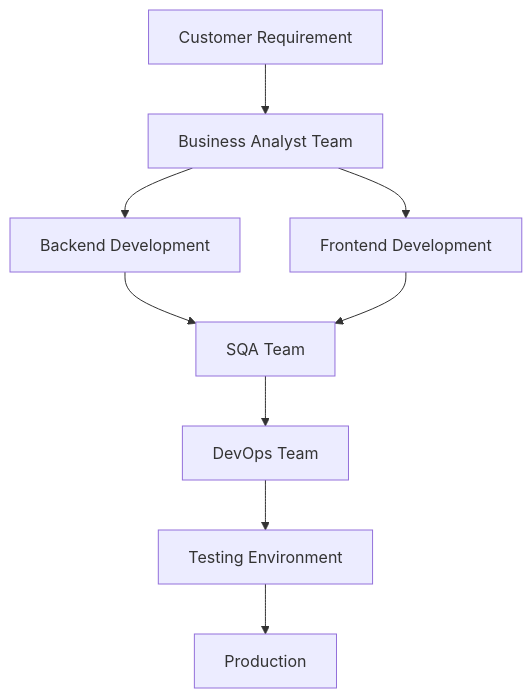
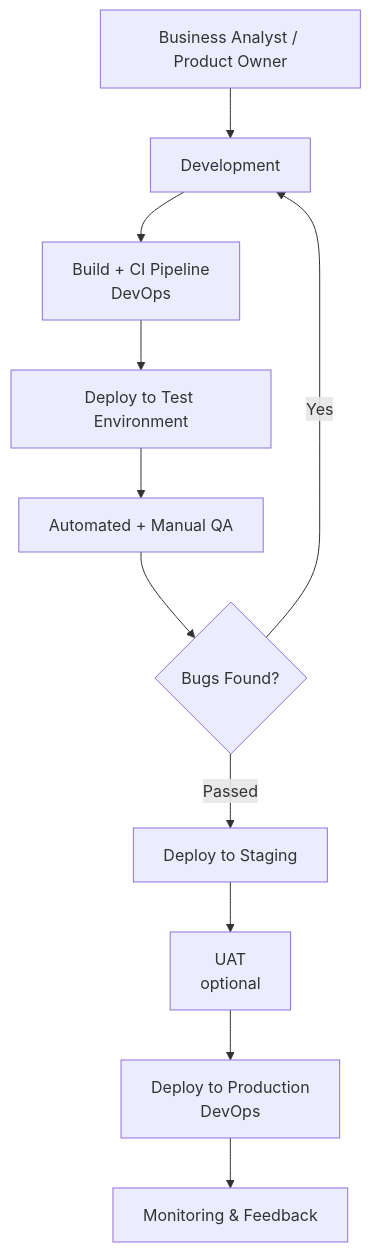
The second of 4 diagrams in peopledesk-ba-workspace/README.md (peopledesk-app/engineering-blueprint), drawn with Mermaid before and after one commit.

Commit message:
Detail the past SDLC diagram: CI, test/staging/prod environments, QA bug loop
Replaces the team-handoff chain with the actual delivery flow — BA/PO,
development, CI pipeline, test deployment, QA with a bugs-found loop back
to development, staging, optional UAT, production, and monitoring.

````diff
--- a/peopledesk-ba-workspace/README.md
+++ b/peopledesk-ba-workspace/README.md
@@ -80,12 +80,14 @@
 ```mermaid
 flowchart TB
 
-A[Customer Requirement] --> B[Business Analyst Team]
-B --> C[Backend Development]
-B --> D[Frontend Development]
-C --> E[SQA Team]
-D --> E
-E --> F[DevOps Team]
-F --> G[Testing Environment]
-G --> H[Production]
+A[Business Analyst / Product Owner] --> B[Development]
+B --> C[Build + CI Pipeline<br/>DevOps]
+C --> D[Deploy to Test Environment]
+D --> E[Automated + Manual QA]
+E --> F{Bugs Found?}
+F -->|Yes| B
+F -->|Passed| G[Deploy to Staging]
+G --> H[UAT<br/>optional]
+H --> I[Deploy to Production<br/>DevOps]
+I --> J[Monitoring & Feedback]
 ```
````
